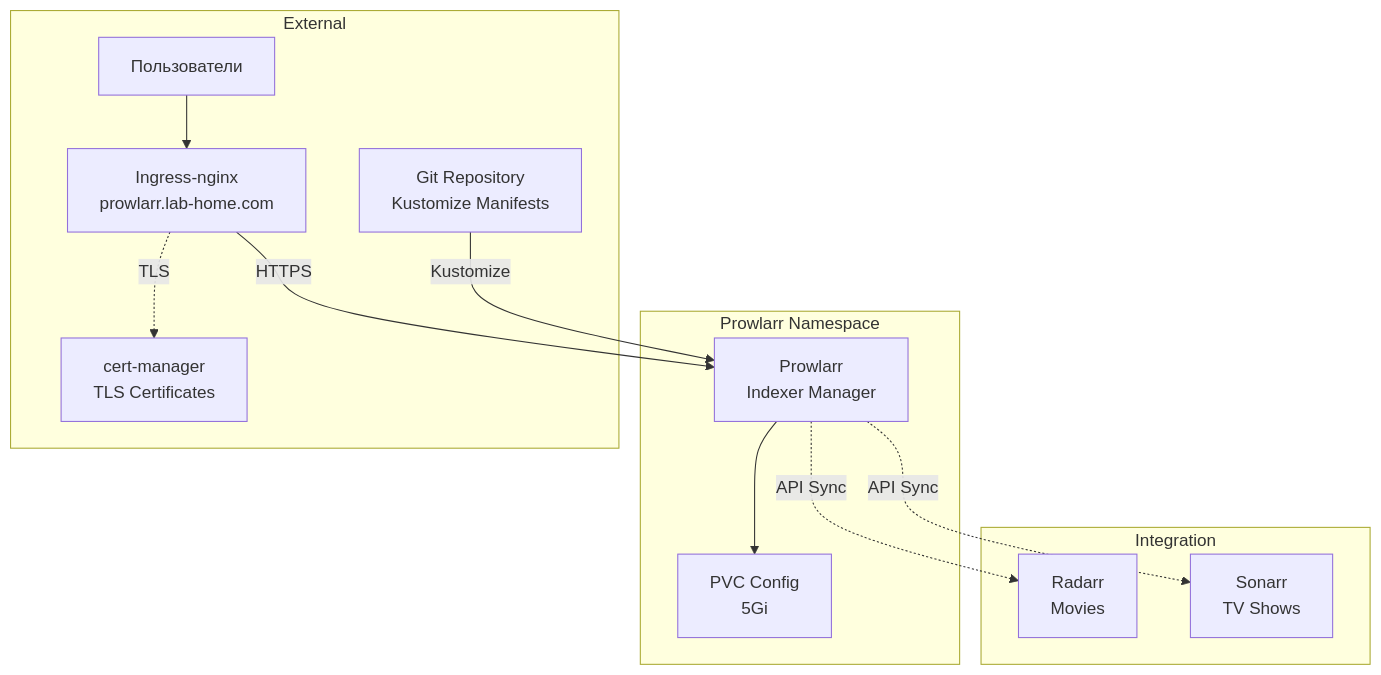
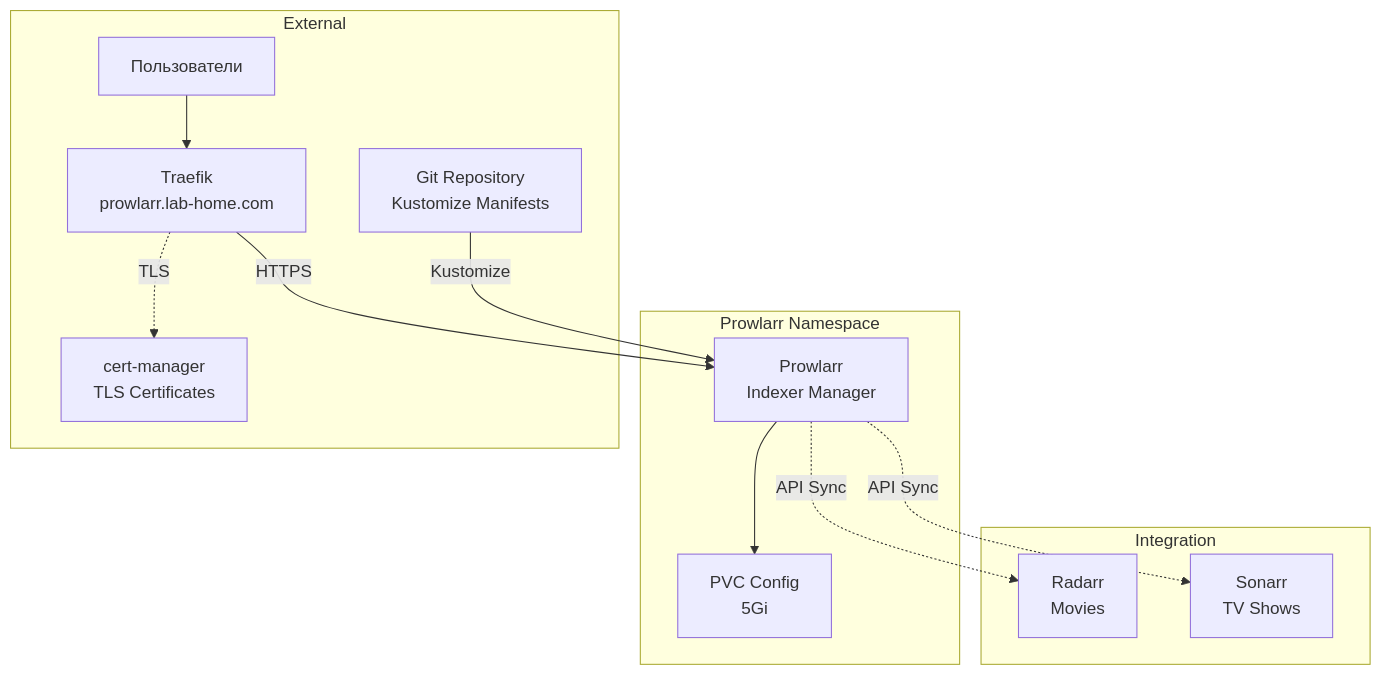
One commit to barmaglot351/k3s-test changed the diagram in argocd-apps/media-server-stack/prowlarr/README.md. Above: the diagram before and after it, drawn with Mermaid. The commit also changed other lines of this file, not shown here.

````diff
--- a/argocd-apps/media-server-stack/prowlarr/README.md
+++ b/argocd-apps/media-server-stack/prowlarr/README.md
@@ -72,28 +72,28 @@
 ```mermaid
 graph TB
     subgraph prowlarrNs [Prowlarr Namespace]
         Prowlarr[Prowlarr<br/>Indexer Manager]
         ConfigPVC[PVC Config<br/>5Gi]
     end
     
     subgraph external [External]
-        Ingress[Ingress-nginx<br/>prowlarr.lab-home.com]
+        Ingress[Traefik<br/>prowlarr.lab-home.com]
         CertManager[cert-manager<br/>TLS Certificates]
         Users[Пользователи]
         GitRepo[Git Repository<br/>Kustomize Manifests]
     end
     
     subgraph integration [Integration]
         Radarr[Radarr<br/>Movies]
         Sonarr[Sonarr<br/>TV Shows]
     end
     
     Users --> Ingress
     Ingress -->|HTTPS| Prowlarr
     Ingress -.->|TLS| CertManager
     Prowlarr --> ConfigPVC
     GitRepo -->|Kustomize| Prowlarr
     
     Prowlarr -.->|API Sync| Radarr
     Prowlarr -.->|API Sync| Sonarr
 ```
````
